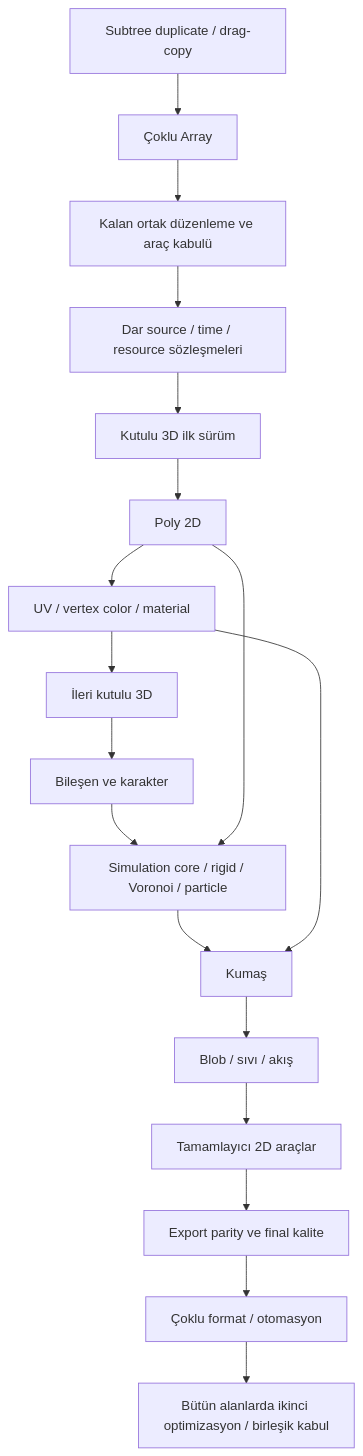
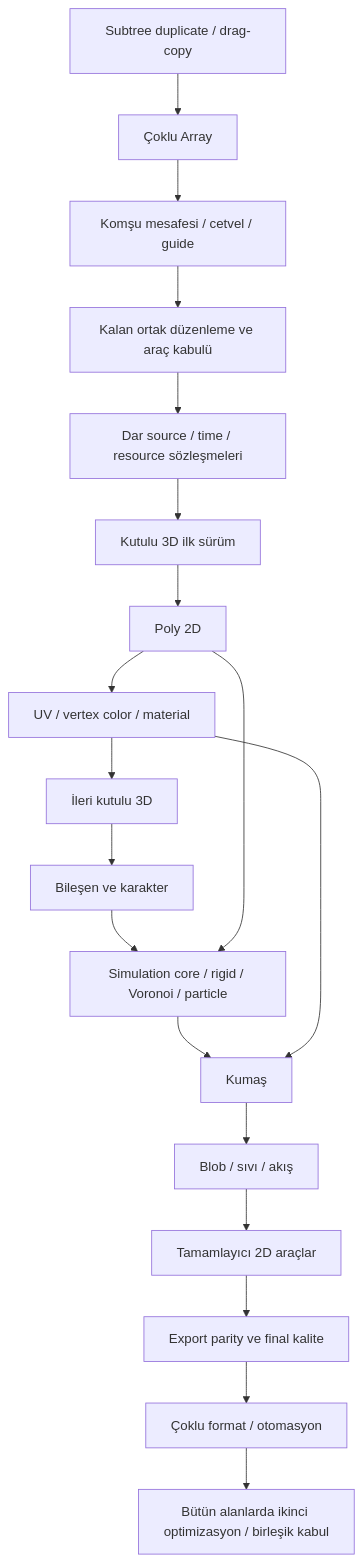
Before and after one commit to codie1982/chorono-editor: the diagram in docs/tr/production-2d-roadmap.md, drawn with Mermaid. The commit also changed other lines of this file and 44 other files, not shown here.

````diff
--- a/docs/tr/production-2d-roadmap.md
+++ b/docs/tr/production-2d-roadmap.md
@@ -51,20 +57,21 @@
 ```mermaid
 flowchart TD
     V4[Subtree duplicate / drag-copy] --> V5[Çoklu Array]
-    V5 --> H[Kalan ortak düzenleme ve araç kabulü]
+    V5 --> LAYOUT[Komşu mesafesi / cetvel / guide]
+    LAYOUT --> H[Kalan ortak düzenleme ve araç kabulü]
     H --> I[Dar source / time / resource sözleşmeleri]
     I --> B[Kutulu 3D ilk sürüm]
     B --> G[Poly 2D]
     G --> U[UV / vertex color / material]
     U --> B2[İleri kutulu 3D]
     B2 --> C[Bileşen ve karakter]
     C --> S[Simulation core / rigid / Voronoi / particle]
     G --> S
     S --> CL[Kumaş]
     U --> CL
     CL --> L[Blob / sıvı / akış]
     L --> T[Tamamlayıcı 2D araçlar]
     T --> E[Export parity ve final kalite]
     E --> M[Çoklu format / otomasyon]
     M --> O[Bütün alanlarda ikinci optimizasyon / birleşik kabul]
 ```
````
